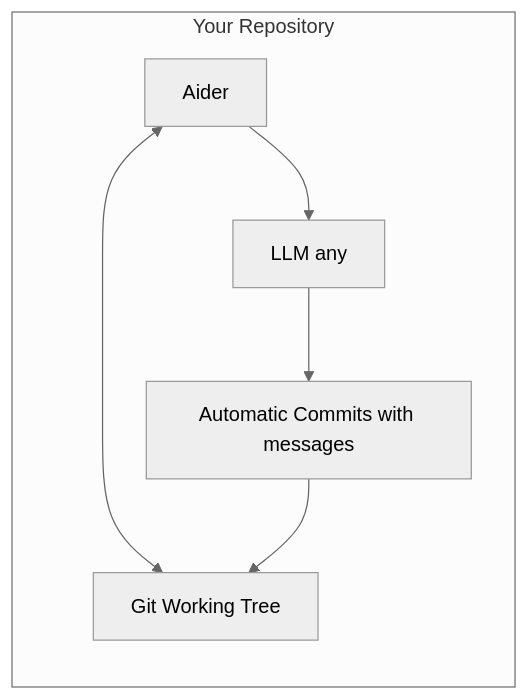
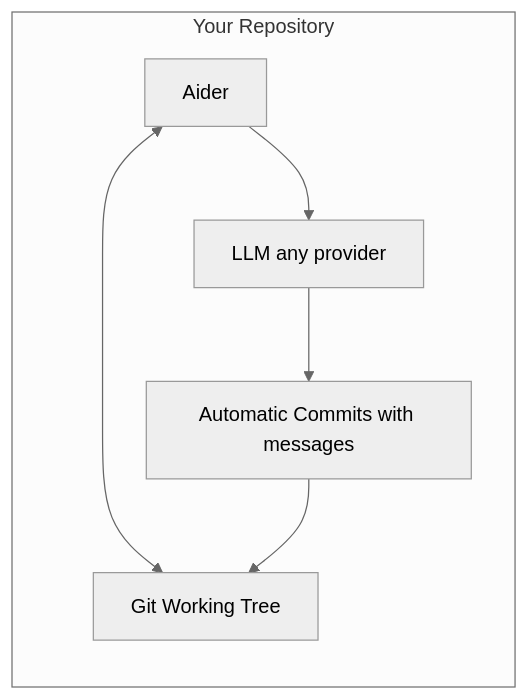
The second of 3 diagrams in src/content/docs/ai-ml-engineering/ai-native-development/module-1.5-cli-ai-coding-agents.md (kube-dojo/kube-dojo), drawn with Mermaid (neutral theme) before and after one commit. The commit also changed other lines of this file and 9 other files, not shown here.

````diff
--- a/src/content/docs/ai-ml-engineering/ai-native-development/module-1.5-cli-ai-coding-agents.md
+++ b/src/content/docs/ai-ml-engineering/ai-native-development/module-1.5-cli-ai-coding-agents.md
@@ -161,9 +170,9 @@
 ```mermaid
 flowchart LR
     subgraph Repo [Your Repository]
         Aider[Aider] <--> Git[Git Working Tree]
-        Aider --> LLM[LLM any]
+        Aider --> LLM[LLM any provider]
         LLM --> Commits[Automatic Commits with messages]
         Commits --> Git
     end
 ```
````
